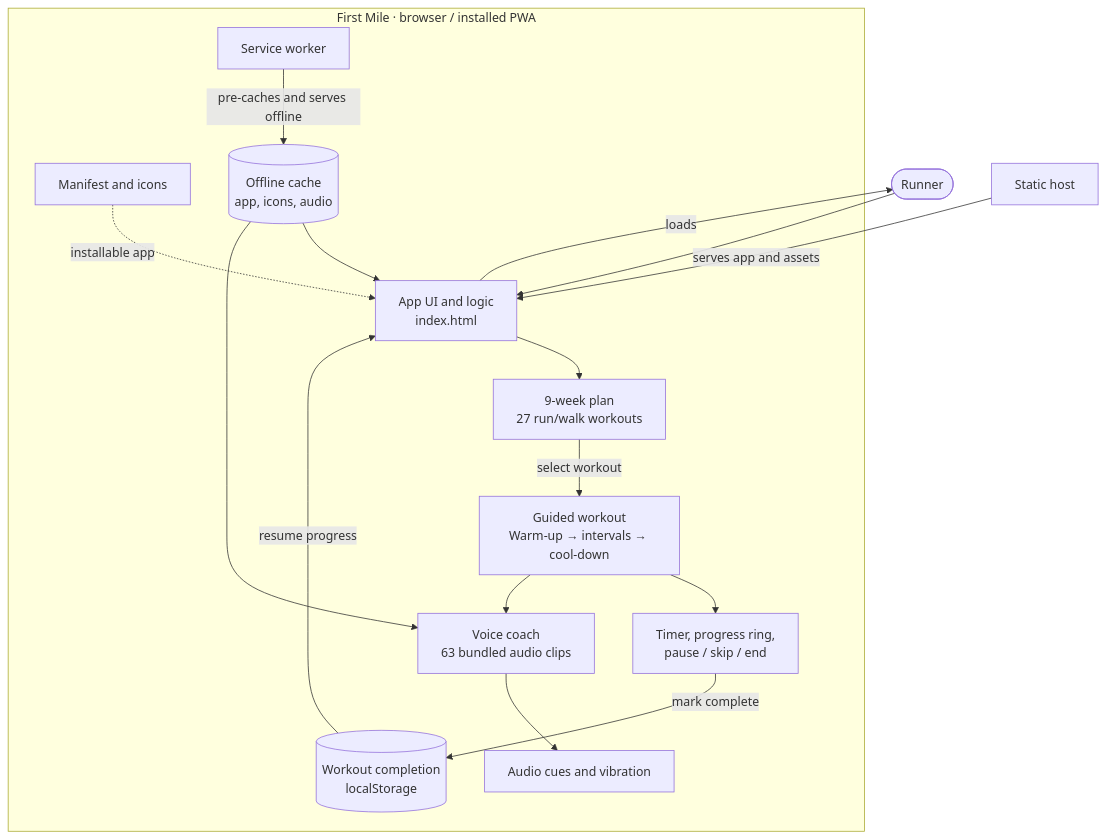
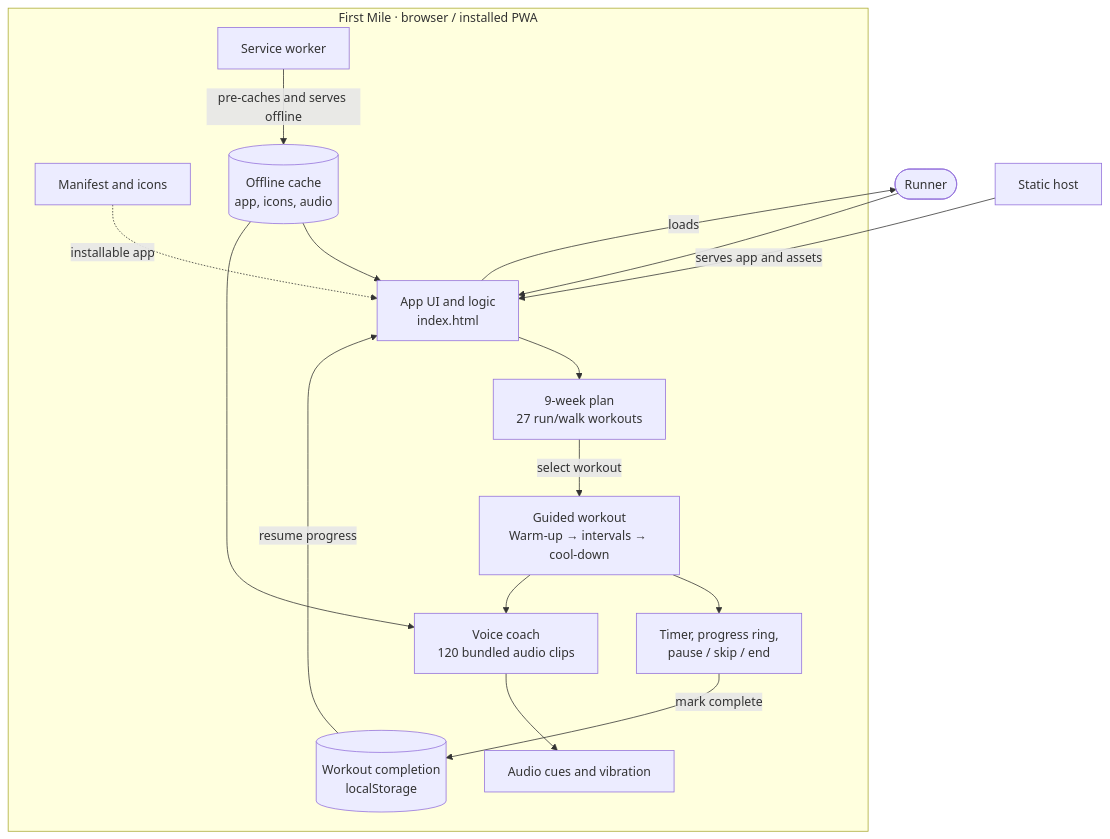
Before and after one commit to AtalRS/first-mile: the diagram in README.md, drawn with Mermaid. The commit also changed other lines of this file and 57 other files, not shown here.

````diff
--- a/README.md
+++ b/README.md
@@ -12,31 +12,31 @@
 ```mermaid
 flowchart TB
     runner([Runner]) --> app
     host[Static host] -->|serves app and assets| app
 
     subgraph pwa["First Mile · browser / installed PWA"]
         app["App UI and logic<br/>index.html"]
         plan["9-week plan<br/>27 run/walk workouts"]
         session["Guided workout<br/>Warm-up → intervals → cool-down"]
         controls["Timer, progress ring,<br/>pause / skip / end"]
-        coach["Voice coach<br/>63 bundled audio clips"]
+        coach["Voice coach<br/>120 bundled audio clips"]
         cues["Audio cues and vibration"]
         progress[("Workout completion<br/>localStorage")]
         manifest["Manifest and icons"]
         worker["Service worker"]
         cache[("Offline cache<br/>app, icons, audio")]
 
         app --> plan
         plan -->|select workout| session
         session --> controls
         session --> coach --> cues
         controls -->|mark complete| progress
         progress -->|resume progress| app
         manifest -. installable app .-> app
         worker -->|pre-caches and serves offline| cache
         cache --> app
         cache --> coach
     end
 
     app -->|loads| runner
 ```
````
